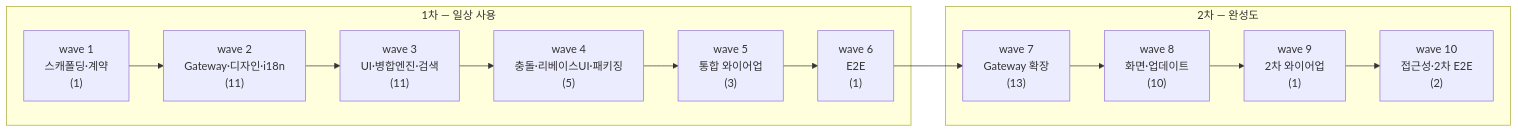
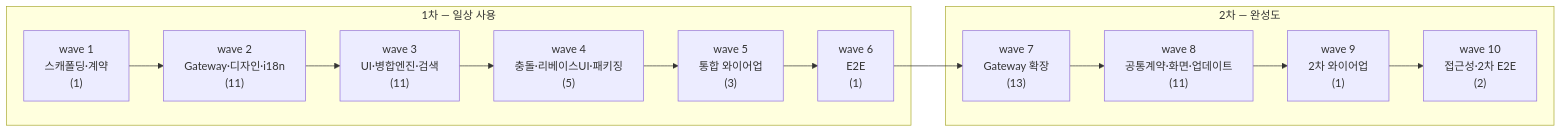
One commit to biuea3866/gitkraken-clone-app changed the diagram in tickets/README.md. Above: the diagram before and after it, drawn with Mermaid. The commit also changed other lines of this file and 10 other files, not shown here.

````diff
--- a/tickets/README.md
+++ b/tickets/README.md
@@ -138,26 +139,26 @@
 ```mermaid
 flowchart LR
     subgraph P1["1차 — 일상 사용"]
         W1["wave 1<br/>스캐폴딩·계약<br/>(1)"]
         W2["wave 2<br/>Gateway·디자인·i18n<br/>(11)"]
         W3["wave 3<br/>UI·병합엔진·검색<br/>(11)"]
         W4["wave 4<br/>충돌·리베이스UI·패키징<br/>(5)"]
         W5["wave 5<br/>통합 와이어업<br/>(3)"]
         W6["wave 6<br/>E2E<br/>(1)"]
     end
     subgraph P2["2차 — 완성도"]
         W7["wave 7<br/>Gateway 확장<br/>(13)"]
-        W8["wave 8<br/>화면·업데이트<br/>(10)"]
+        W8["wave 8<br/>공통계약·화면·업데이트<br/>(11)"]
         W9["wave 9<br/>2차 와이어업<br/>(1)"]
         W10["wave 10<br/>접근성·2차 E2E<br/>(2)"]
     end
     W1 --> W2
     W2 --> W3
     W3 --> W4
     W4 --> W5
     W5 --> W6
     W6 --> W7
     W7 --> W8
     W8 --> W9
     W9 --> W10
 ```
````
